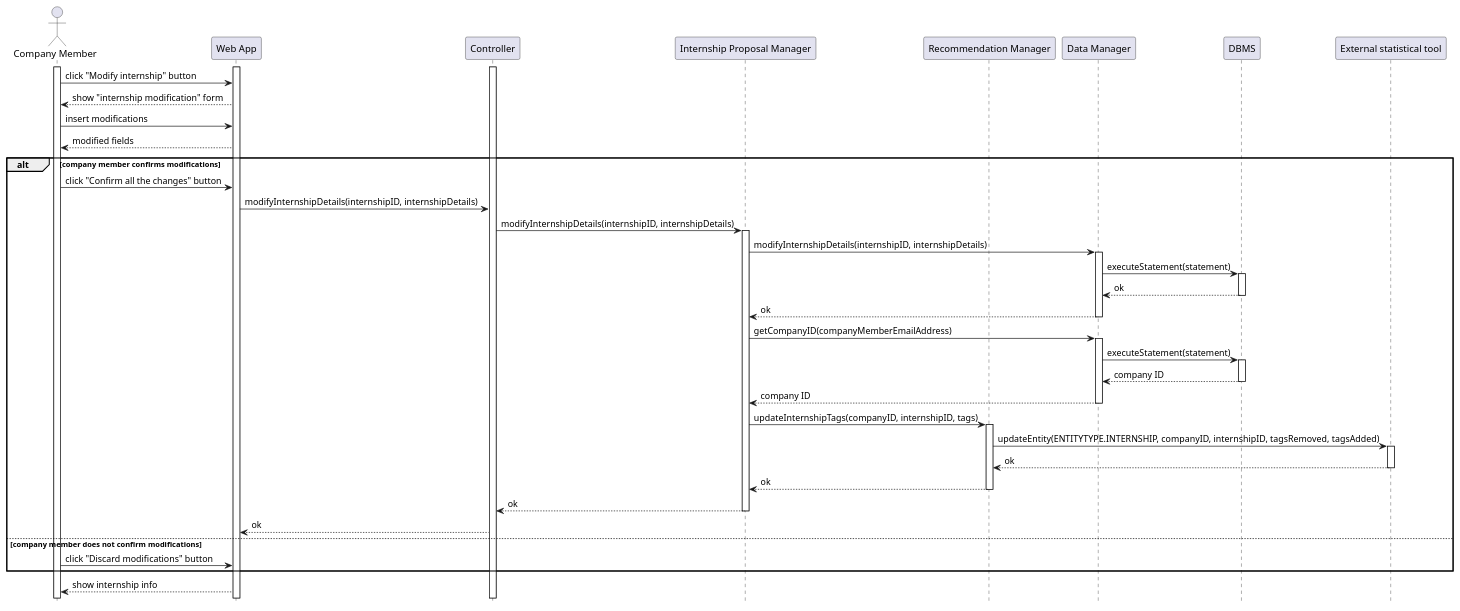
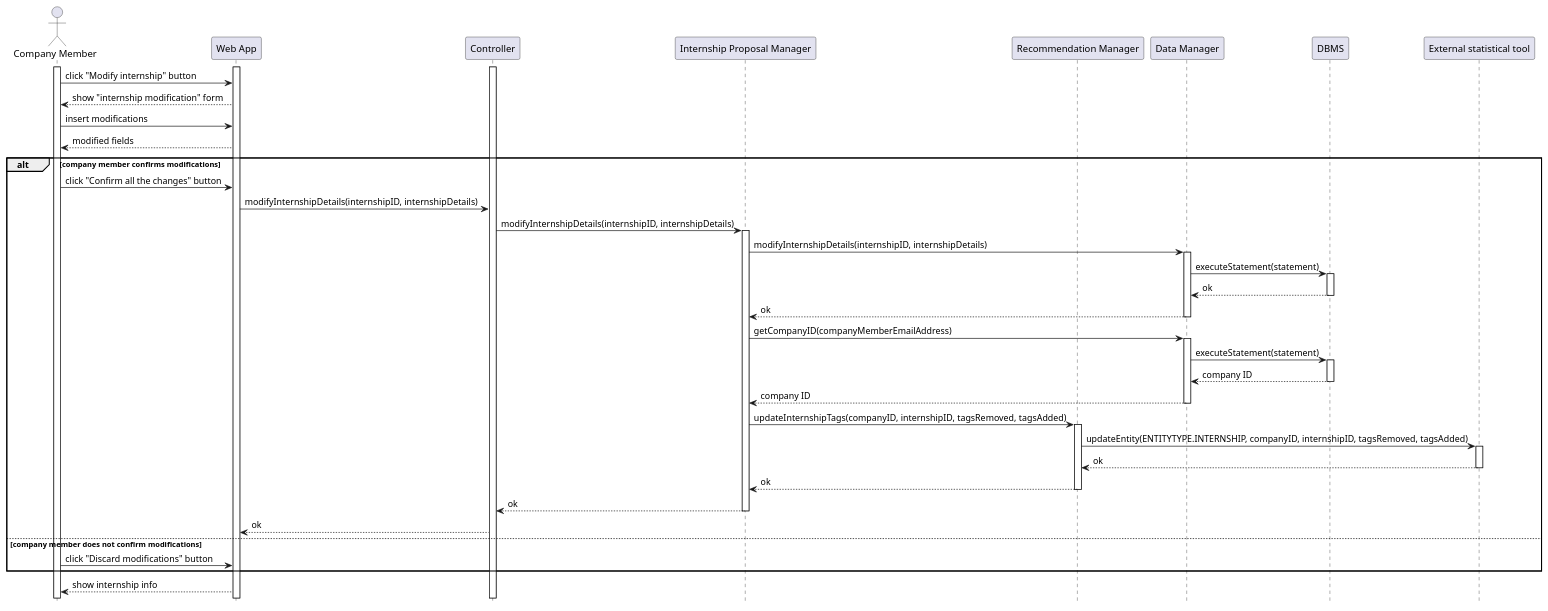
Before and after one commit to matti8702/R_and_DD_project_SE2: the diagram in DD/Architectural_design/uml_diagrams/RV8_diagram.puml, drawn with PlantUML. The commit also changed 1 other file, not shown here.

Commit message:
fix: fix to RV8 diagram

```diff
--- a/DD/Architectural_design/uml_diagrams/RV8_diagram.puml
+++ b/DD/Architectural_design/uml_diagrams/RV8_diagram.puml
@@ -1,59 +1,59 @@
 @startuml RV8_diagram
 hide footbox
 
 actor "Company Member" as CM
 participant "Web App" as W
 participant "Controller" as C
 participant "Internship Proposal Manager" as I
 participant "Recommendation Manager" as RE
 participant "Data Manager" as DM
 participant "DBMS" as RD
 participant "External statistical tool" AS EXT
 
 activate CM
 activate W
 activate C
 CM -> W: click "Modify internship" button
 W --> CM: show "internship modification" form
 CM -> W: insert modifications
 W --> CM: modified fields
 alt company member confirms modifications
     CM -> W: click "Confirm all the changes" button
     W -> C: modifyInternshipDetails(internshipID, internshipDetails)
     C -> I: modifyInternshipDetails(internshipID, internshipDetails)
     activate I
     I -> DM: modifyInternshipDetails(internshipID, internshipDetails)
     activate DM
     DM -> RD: executeStatement(statement)
     activate RD
     RD --> DM: ok
     deactivate RD
     DM --> I: ok
     deactivate DM
 
     I -> DM: getCompanyID(companyMemberEmailAddress)
     activate DM
     DM -> RD: executeStatement(statement)
     activate RD
     RD --> DM: company ID
     deactivate RD
     DM --> I: company ID
     deactivate DM
 
-    I -> RE: updateInternshipTags(companyID, internshipID, tags)
+    I -> RE: updateInternshipTags(companyID, internshipID, tagsRemoved, tagsAdded)
     activate RE
     RE -> EXT: updateEntity(ENTITYTYPE.INTERNSHIP, companyID, internshipID, tagsRemoved, tagsAdded)
     activate EXT
     EXT --> RE: ok
     deactivate EXT
     RE --> I: ok
     deactivate RE
     I --> C: ok
     deactivate I
     C --> W: ok
 else company member does not confirm modifications
     CM -> W: click "Discard modifications" button
 end
 
 W --> CM: show internship info
 @enduml
```
